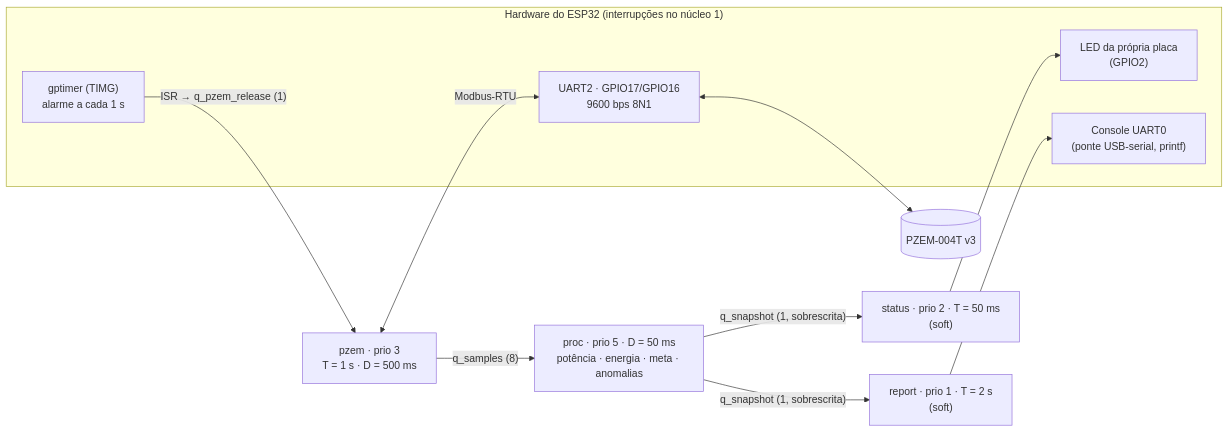
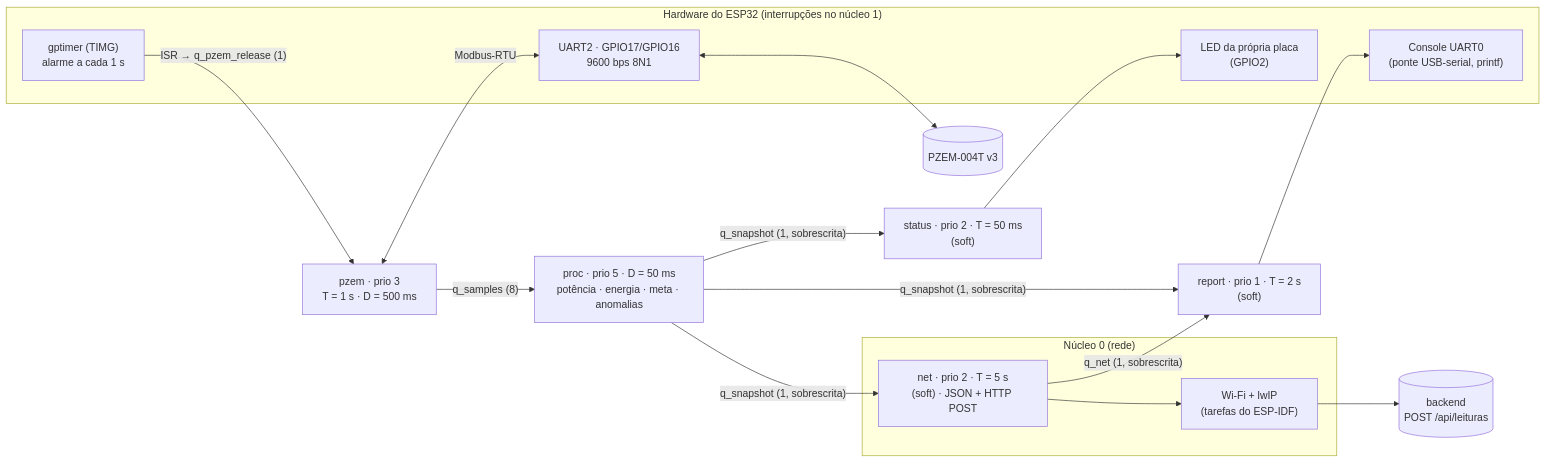
Before and after one commit to MatheusNobreM/Embedded_System_Project_2026.2: the first of 2 diagrams in energytrack-fw-3.2/docs/diagrama-tarefas.md, drawn with Mermaid. The commit also changed other lines of this file and 17 other files, not shown here.

First line of the commit message:
T-017 telemetria-wifi: Wi-Fi e envio HTTP no firmware (tarefa net no núcleo 0)

````diff
--- a/energytrack-fw-3.2/docs/diagrama-tarefas.md
+++ b/energytrack-fw-3.2/docs/diagrama-tarefas.md
@@ -13,23 +15,32 @@
 ```mermaid
 flowchart LR
     subgraph HW["Hardware do ESP32 (interrupções no núcleo 1)"]
         TMR["gptimer (TIMG)<br/>alarme a cada 1 s"]
         UART["UART2 · GPIO17/GPIO16<br/>9600 bps 8N1"]
         LED["LED da própria placa<br/>(GPIO2)"]
         CON["Console UART0<br/>(ponte USB-serial, printf)"]
     end
     PZEMDEV[("PZEM-004T v3")]
 
     TMR -- "ISR → q_pzem_release (1)" --> PZEM
 
     PZEM["pzem · prio 3<br/>T = 1 s · D = 500 ms"] <-- "Modbus-RTU" --> UART
     UART <--> PZEMDEV
 
     PZEM -- "q_samples (8)" --> PROC
     PROC["proc · prio 5 · D = 50 ms<br/>potência · energia · meta · anomalias"]
 
     PROC -- "q_snapshot (1, sobrescrita)" --> STATUS
     PROC -- "q_snapshot (1, sobrescrita)" --> REPORT
     STATUS["status · prio 2 · T = 50 ms<br/>(soft)"] --> LED
     REPORT["report · prio 1 · T = 2 s<br/>(soft)"] --> CON
+
+    subgraph C0["Núcleo 0 (rede)"]
+        NET["net · prio 2 · T = 5 s<br/>(soft) · JSON + HTTP POST"]
+        WIFI["Wi-Fi + lwIP<br/>(tarefas do ESP-IDF)"]
+    end
+    BACKEND[("backend<br/>POST /api/leituras")]
+    PROC -- "q_snapshot (1, sobrescrita)" --> NET
+    NET --> WIFI --> BACKEND
+    NET -- "q_net (1, sobrescrita)" --> REPORT
 ```
````
